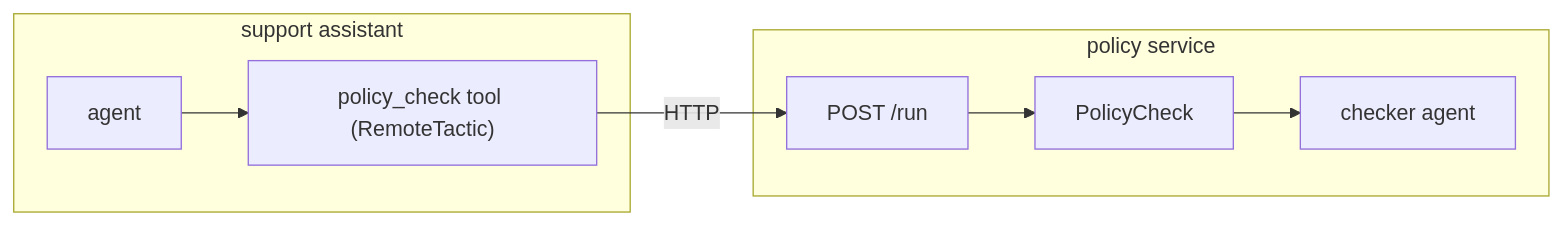
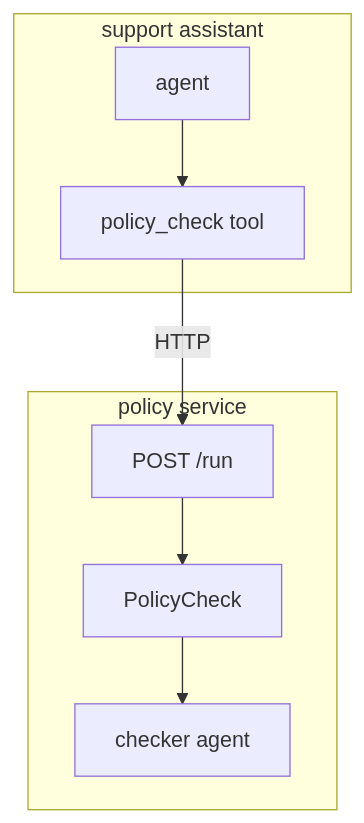
The diagram in docs/examples/http-service.md (Productive-Superintelligence/lllm), drawn with Mermaid before and after one commit. The commit also changed 36 other files, not shown here.

First line of the commit message:
Retire the old doc pages; keep every diagram readable

````diff
--- a/docs/examples/http-service.md
+++ b/docs/examples/http-service.md
@@ -9,10 +9,10 @@
 ```mermaid
-flowchart LR
+flowchart TB
     subgraph client["support assistant"]
-        A[agent] --> T["policy_check tool (RemoteTactic)"]
+        A[agent] --> T["policy_check tool"]
     end
     subgraph service["policy service"]
         R["POST /run"] --> P[PolicyCheck] --> C[checker agent]
     end
     T -- HTTP --> R
 ```
````
